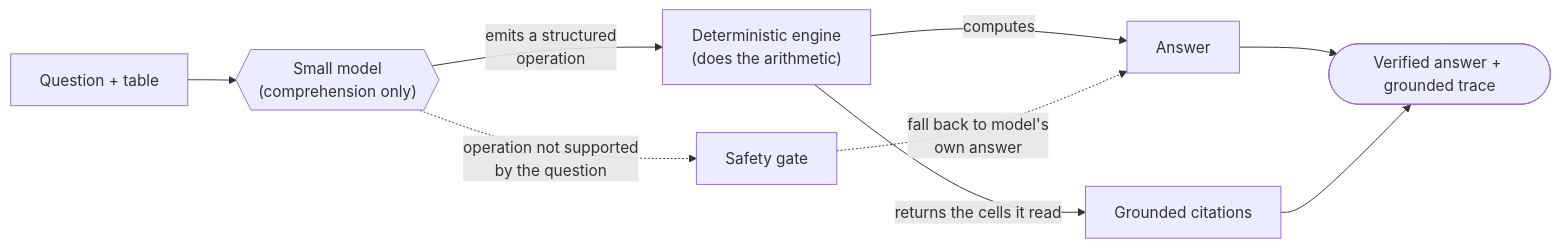
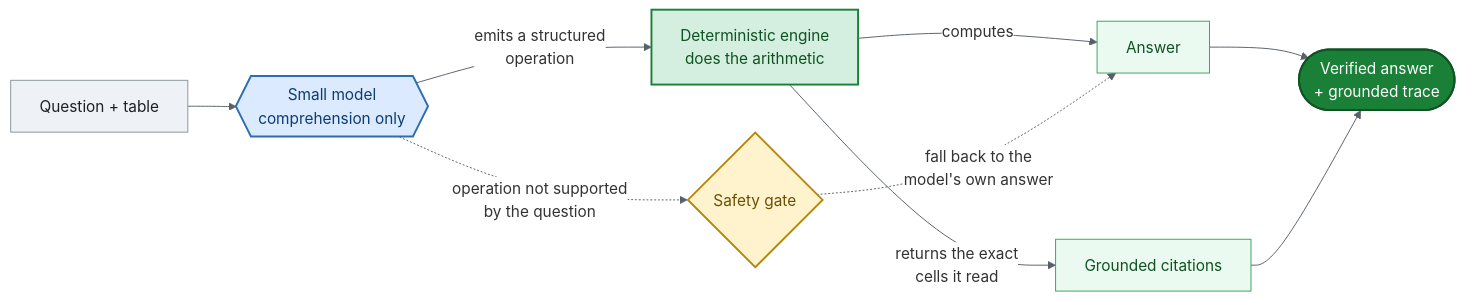
The diagram in README.md (AmandineFlachs/grounded-table-sft), drawn with Mermaid before and after one commit.

Commit message:
docs: color-code the "How it works" flowchart in the README
Add Mermaid classDef styling so the diagram reads at a glance: gray input,
blue model (comprehension), green deterministic engine, light-green
answer/citations, amber safety gate, solid-green final output. Drop the
custom fontFamily override (it made Mermaid mis-measure node widths and
clip labels); keep a neutral line color and white edge-label backgrounds.

````diff
--- a/README.md
+++ b/README.md
@@ -33,11 +33,19 @@
 ```mermaid
+%%{init: {'theme':'base', 'themeVariables': {'lineColor':'#57606a','edgeLabelBackground':'#ffffff'}}}%%
 flowchart LR
-    Q["Question + table"] --> M{{"Small model<br/>(comprehension only)"}}
-    M -->|"emits a structured<br/>operation"| E["Deterministic engine<br/>(does the arithmetic)"]
-    E -->|"computes"| A["Answer"]
-    E -->|"returns the cells it read"| G["Grounded citations"]
-    M -.->|"operation not supported<br/>by the question"| GATE["Safety gate"]
-    GATE -.->|"fall back to model's<br/>own answer"| A
-    A --> OUT(["Verified answer + grounded trace"])
+    Q["Question + table"]:::input --> M{{"Small model<br/>comprehension only"}}:::model
+    M -->|"emits a structured<br/>operation"| E["Deterministic engine<br/>does the arithmetic"]:::engine
+    E -->|"computes"| A["Answer"]:::answer
+    E -->|"returns the exact<br/>cells it read"| G["Grounded citations"]:::answer
+    M -.->|"operation not supported<br/>by the question"| GATE{"Safety gate"}:::gate
+    GATE -.->|"fall back to the<br/>model's own answer"| A
+    A --> OUT(["Verified answer<br/>+ grounded trace"]):::output
     G --> OUT
+
+    classDef input  fill:#eef1f5,stroke:#8b949e,color:#1c2128
+    classDef model  fill:#dbeafe,stroke:#2f6db3,color:#0b3d73,stroke-width:2px
+    classDef engine fill:#d4efdf,stroke:#1a7f37,color:#0f5323,stroke-width:2px
+    classDef answer fill:#eafaf0,stroke:#3aa35a,color:#0f5323
+    classDef gate   fill:#fff3cd,stroke:#b8860b,color:#6b4e00,stroke-width:2px
+    classDef output fill:#1a7f37,stroke:#0f5323,color:#ffffff,stroke-width:2px
 ```
````
